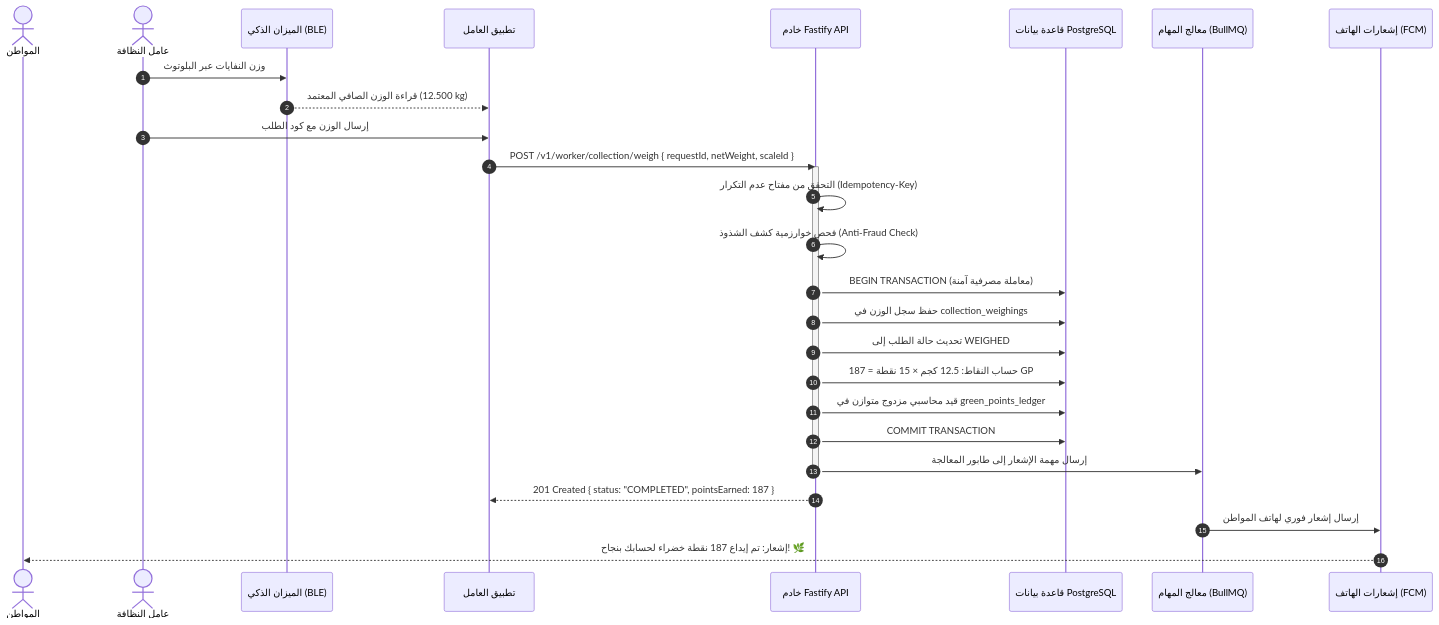
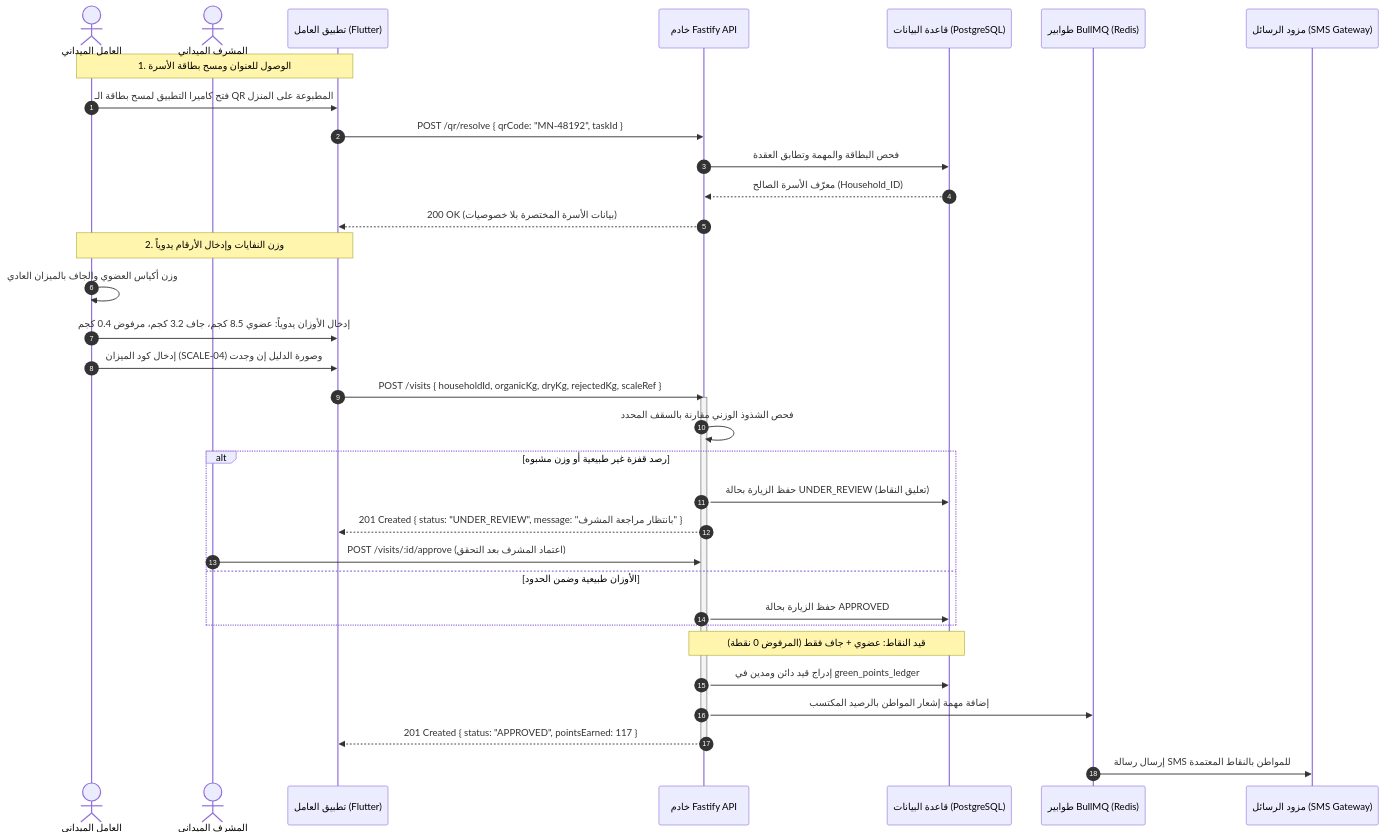
Before and after one commit to A-S-Y/Athar: the third of 5 diagrams in README.md, drawn with Mermaid. The commit also changed other lines of this file and 21 other files, not shown here.

Commit message:
refactor: align full architecture, diagrams, and docs strictly with canonical operational blueprint

````diff
--- a/README.md
+++ b/README.md
@@ -241,36 +154,42 @@
 ```mermaid
 sequenceDiagram
     autonumber
-    actor Resident as المواطن
-    actor Worker as عامل النظافة
-    participant Scale as الميزان الذكي (BLE)
-    participant WApp as تطبيق العامل
+    actor Worker as العامل الميداني
+    actor Supervisor as المشرف الميداني
+    participant WApp as تطبيق العامل (Flutter)
     participant API as خادم Fastify API
-    participant DB as قاعدة بيانات PostgreSQL
-    participant WorkerJob as معالج المهام (BullMQ)
-    participant Push as إشعارات الهاتف (FCM)
+    participant DB as قاعدة البيانات (PostgreSQL)
+    participant Queue as طوابير BullMQ (Redis)
+    participant SMS as مزود الرسائل (SMS Gateway)
 
-    Worker->>Scale: وزن النفايات عبر البلوتوث
-    Scale-->>WApp: قراءة الوزن الصافي المعتمد (12.500 kg)
-    Worker->>WApp: إرسال الوزن مع كود الطلب
-    WApp->>API: POST /v1/worker/collection/weigh { requestId, netWeight, scaleId }
-    
+    Note over Worker,WApp: 1. الوصول للعنوان ومسح بطاقة الأسرة
+    Worker->>WApp: فتح كاميرا التطبيق لمسح بطاقة الـ QR المطبوعة على المنزل
+    WApp->>API: POST /qr/resolve { qrCode: "MN-48192", taskId }
+    API->>DB: فحص البطاقة والمهمة وتطابق العقدة
+    DB-->>API: معرّف الأسرة الصالح (Household_ID)
+    API-->>WApp: 200 OK (بيانات الأسرة المختصرة بلا خصوصيات)
+
+    Note over Worker,WApp: 2. وزن النفايات وإدخال الأرقام يدوياً
+    Worker->>Worker: وزن أكياس العضوي والجاف بالميزان العادي
+    Worker->>WApp: إدخال الأوزان يدوياً: عضوي 8.5 كجم، جاف 3.2 كجم، مرفوض 0.4 كجم
+    Worker->>WApp: إدخال كود الميزان (SCALE-04) وصورة الدليل إن وجدت
+    WApp->>API: POST /visits { householdId, organicKg, dryKg, rejectedKg, scaleRef }
+
     activate API
-    API->>API: التحقق من مفتاح عدم التكرار (Idempotency-Key)
-    API->>API: فحص خوارزمية كشف الشذوذ (Anti-Fraud Check)
-    
-    API->>DB: BEGIN TRANSACTION (معاملة مصرفية آمنة)
-    API->>DB: حفظ سجل الوزن في collection_weighings
-    API->>DB: تحديث حالة الطلب إلى WEIGHED
-    API->>DB: حساب النقاط: 12.5 كجم × 15 نقطة = 187 GP
-    API->>DB: قيد محاسبي مزدوج متوازن في green_points_ledger
-    API->>DB: COMMIT TRANSACTION
-    
-    API->>WorkerJob: إرسال مهمة الإشعار إلى طابور المعالجة
+    API->>API: فحص الشذوذ الوزني مقارنة بالسقف المحدد
+    alt رصد قفزة غير طبيعية أو وزن مشبوه
+        API->>DB: حفظ الزيارة بحالة UNDER_REVIEW (تعليق النقاط)
+        API-->>WApp: 201 Created { status: "UNDER_REVIEW", message: "بانتظار مراجعة المشرف" }
+        Supervisor->>API: POST /visits/:id/approve (اعتماد المشرف بعد التحقق)
+    else الأوزان طبيعية وضمن الحدود
+        API->>DB: حفظ الزيارة بحالة APPROVED
+    end
+
+    Note over API,DB: قيد النقاط: عضوي + جاف فقط (المرفوض 0 نقطة)
+    API->>DB: إدراج قيد دائن ومدين في green_points_ledger
+    API->>Queue: إضافة مهمة إشعار المواطن بالرصيد المكتسب
+    API-->>WApp: 201 Created { status: "APPROVED", pointsEarned: 117 }
     deactivate API
-    
-    API-->>WApp: 201 Created { status: "COMPLETED", pointsEarned: 187 }
-    
-    WorkerJob->>Push: إرسال إشعار فوري لهاتف المواطن
-    Push-->>Resident: إشعار: تم إيداع 187 نقطة خضراء لحسابك بنجاح! 🌿
+
+    Queue->>SMS: إرسال رسالة SMS للمواطن بالنقاط المعتمدة
 ```
````
